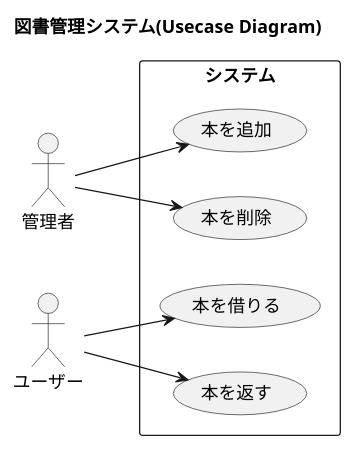
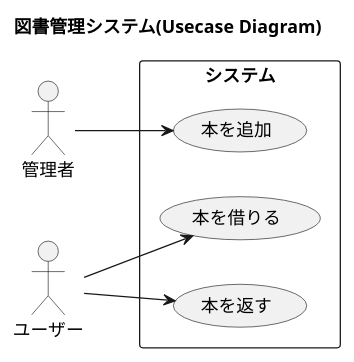
The diagram in docs/usecase.puml (genenakagaki/sample-solid), drawn with PlantUML before and after one commit. The commit also changed 4 other files, not shown here.

```diff
--- a/docs/usecase.puml
+++ b/docs/usecase.puml
@@ -1,20 +1,18 @@
 @startuml
 title 図書管理システム(Usecase Diagram)
 
 left to right direction
 
 actor :管理者: as admin
 actor :ユーザー: as user
 rectangle "システム" {
     usecase "本を追加" as addBook
-    usecase "本を削除" as removeBook
     usecase "本を借りる" as rentBook
     usecase "本を返す" as returnBook
 }
 
 admin --> addBook
-admin --> removeBook
 user --> rentBook
 user --> returnBook
 
 @enduml
```
